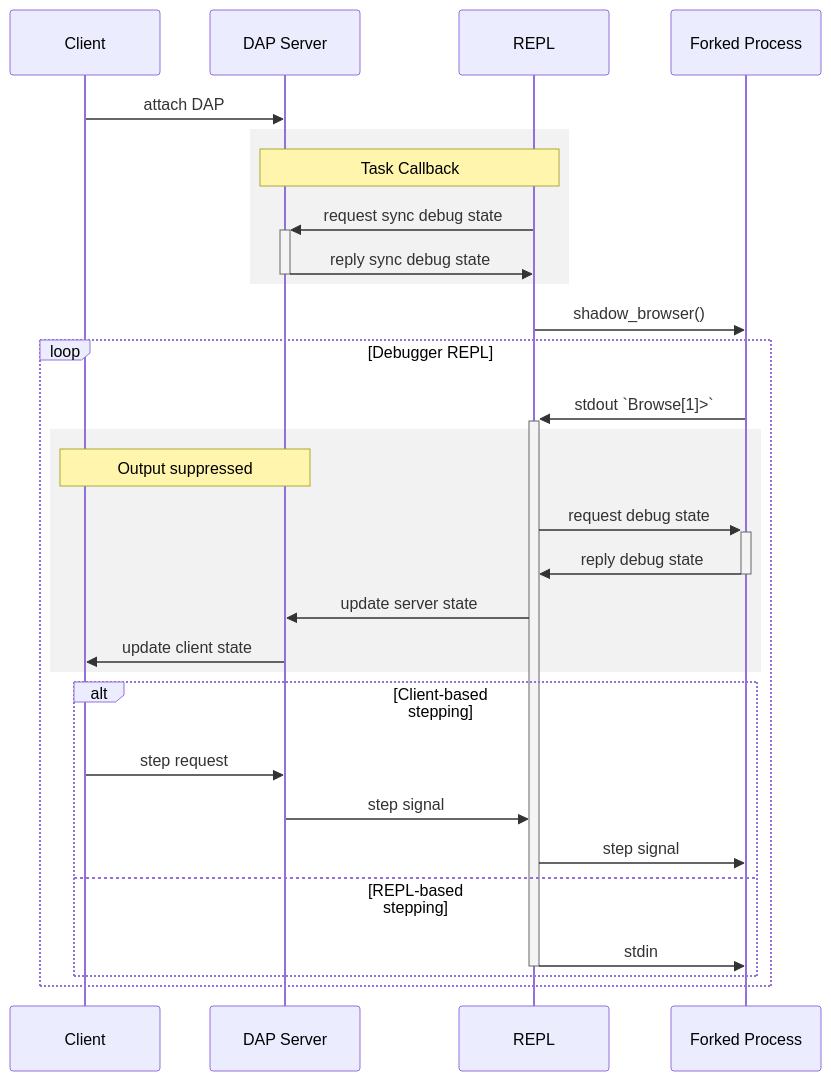
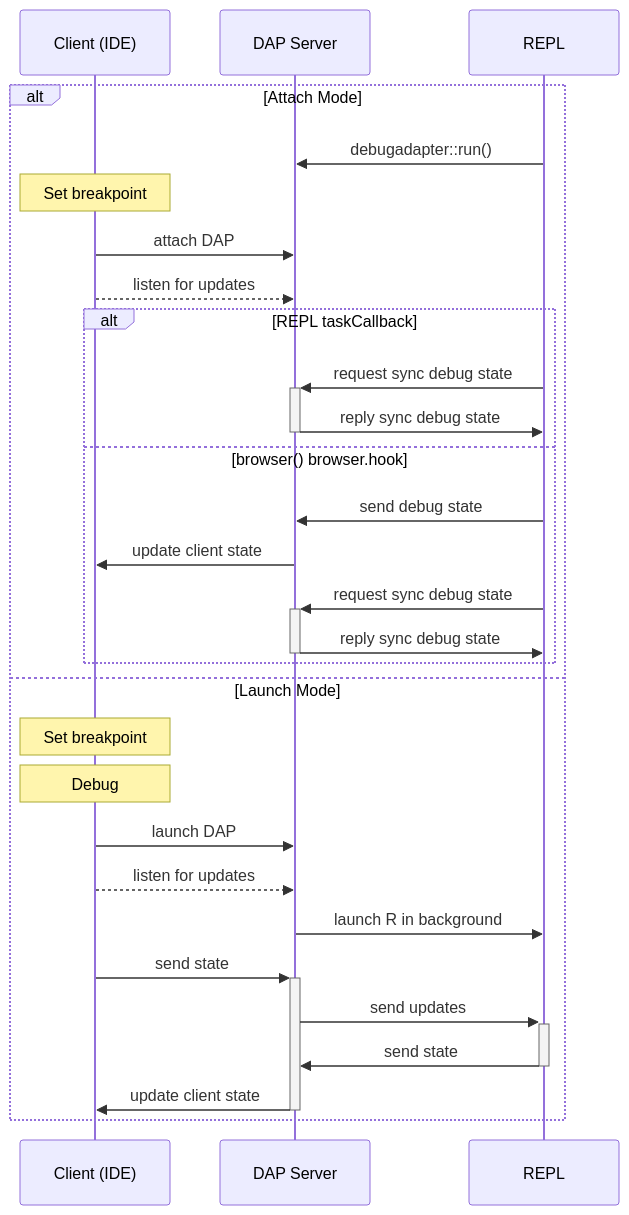
Before and after one commit to dgkf/debugadapter: the first of 3 diagrams in README.md, drawn with Mermaid. The commit also changed other lines of this file and 14 other files, not shown here.

````diff
--- a/README.md
+++ b/README.md
@@ -137,38 +134,37 @@
 ```mermaid
 sequenceDiagram
 
-participant ide as Client
+participant ide as Client (IDE)
 participant dap as DAP Server
 participant r   as REPL
-participant b   as Forked Process
 
-ide->>dap: attach DAP
+alt Attach Mode
+    r->>dap: debugadapter::run()
 
-rect rgba(128, 128, 128, 0.1)
-    Note over dap,r: Task Callback
-    r->>+dap: request sync debug state
-    dap->>-r: reply sync debug state
-end
+    Note over ide: Set breakpoint
+    ide->>dap: attach DAP
+    ide-->>dap: listen for updates
 
-r->>b: shadow_browser()
+    alt REPL taskCallback
+        r->>+dap: request sync debug state
+        dap->>-r: reply sync debug state
+    else browser() browser.hook
+        r->>dap: send debug state
+        dap->>ide: update client state
+        r->>+dap: request sync debug state
+        dap->>-r: reply sync debug state
+    end
+else Launch Mode
+    Note over ide: Set breakpoint
+    Note over ide: Debug
 
-loop Debugger REPL
-    b->>+r: stdout `Browse[1]>`
+    ide->>dap: launch DAP
+    ide-->>dap: listen for updates
+    dap->>r: launch R in background
 
-    rect rgba(128, 128, 128, 0.1)
-        Note over ide,dap: Output suppressed
-        r->>+b: request debug state
-        b->>-r: reply debug state
-        r->>dap: update server state
-        dap->>ide: update client state
-    end
-
-    alt Client-based stepping
-        ide->>dap: step request
-        dap->>r: step signal
-        r->>b: step signal
-    else REPL-based stepping
-        r->>-b: stdin
-    end
+    ide->>+dap: send state
+    dap->>+r: send updates
+    r->>-dap: send state
+    dap->>-ide: update client state
 end
 ```
````
